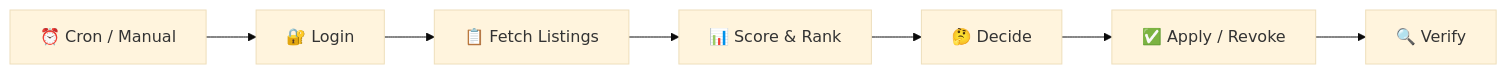
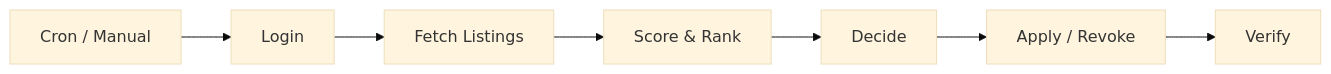
Before and after one commit to ZiaadNegm/Houser: the first of 2 diagrams in readme.md, drawn with Mermaid (base theme). The commit also changed other lines of this file, not shown here.

````diff
--- a/readme.md
+++ b/readme.md
@@ -17,9 +21,9 @@
 ```mermaid
 flowchart LR
-    A["⏰ Cron / Manual"] --> B["🔐 Login"]
-    B --> C["📋 Fetch Listings"]
-    C --> D["📊 Score & Rank"]
-    D --> E["🤔 Decide"]
-    E --> F["✅ Apply / Revoke"]
-    F --> G["🔍 Verify"]
+    A[Cron / Manual] --> B[Login]
+    B --> C[Fetch Listings]
+    C --> D[Score & Rank]
+    D --> E[Decide]
+    E --> F[Apply / Revoke]
+    F --> G[Verify]
 ```
````
